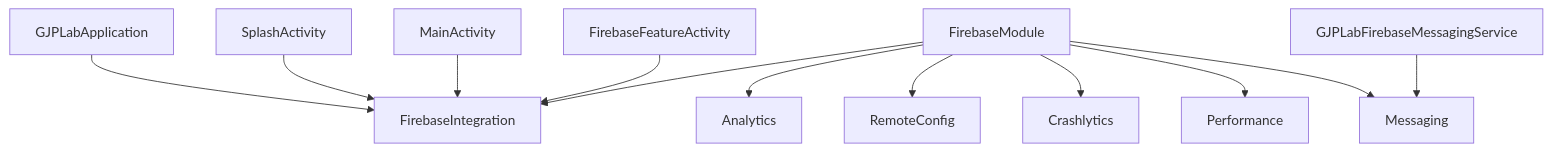
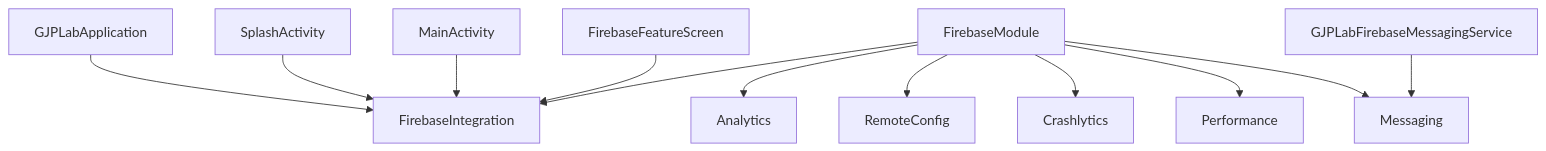
The diagram in doc/specs/features/integration/firebase/firebase_detail_design.md (gjp-ai/gjp-lab-android-kotlin), drawn with Mermaid before and after one commit. The commit also changed other lines of this file and 46 other files, not shown here.

````diff
--- a/doc/specs/features/integration/firebase/firebase_detail_design.md
+++ b/doc/specs/features/integration/firebase/firebase_detail_design.md
@@ -13,14 +13,14 @@
 ```mermaid
 flowchart TD
     Application[GJPLabApplication] --> FirebaseIntegration
     FirebaseModule --> FirebaseIntegration
     FirebaseModule --> Analytics
     FirebaseModule --> RemoteConfig
     FirebaseModule --> Crashlytics
     FirebaseModule --> Performance
     FirebaseModule --> Messaging
     SplashActivity --> FirebaseIntegration
     MainActivity --> FirebaseIntegration
-    FirebaseFeatureActivity --> FirebaseIntegration
+    FirebaseFeatureScreen --> FirebaseIntegration
     MessagingService[GJPLabFirebaseMessagingService] --> Messaging
 ```
````
